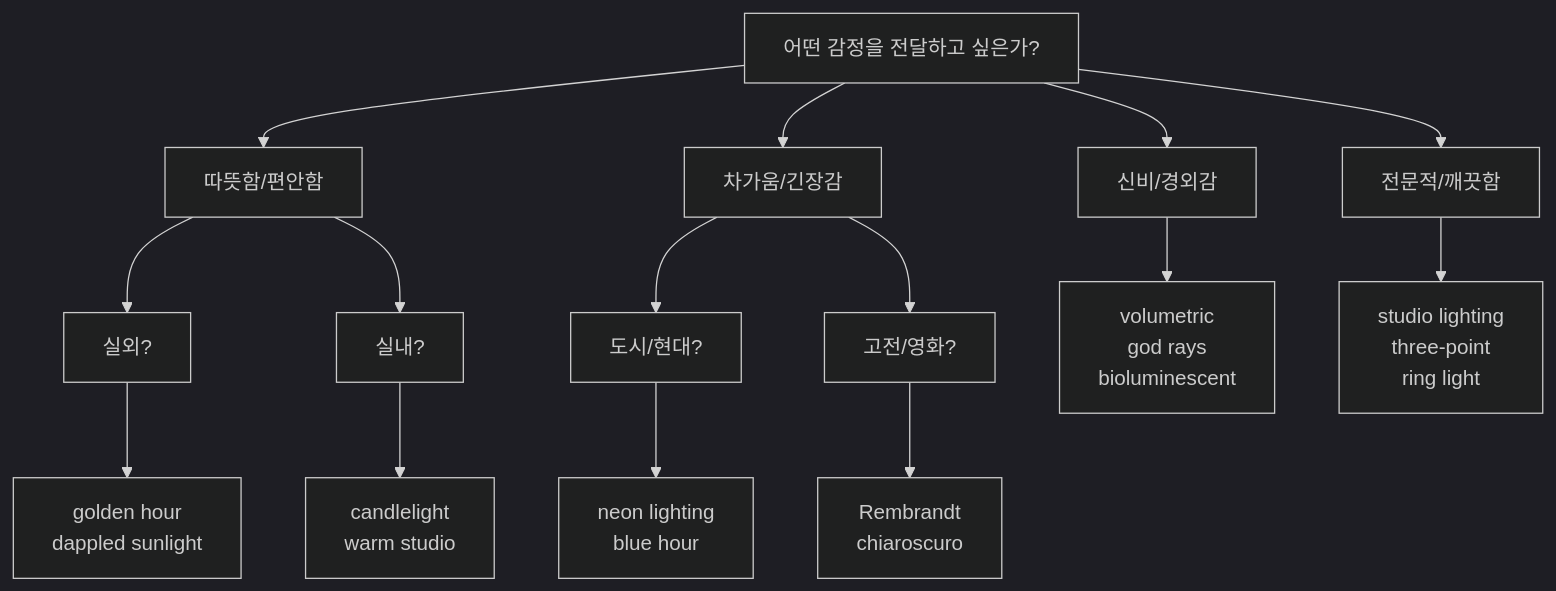
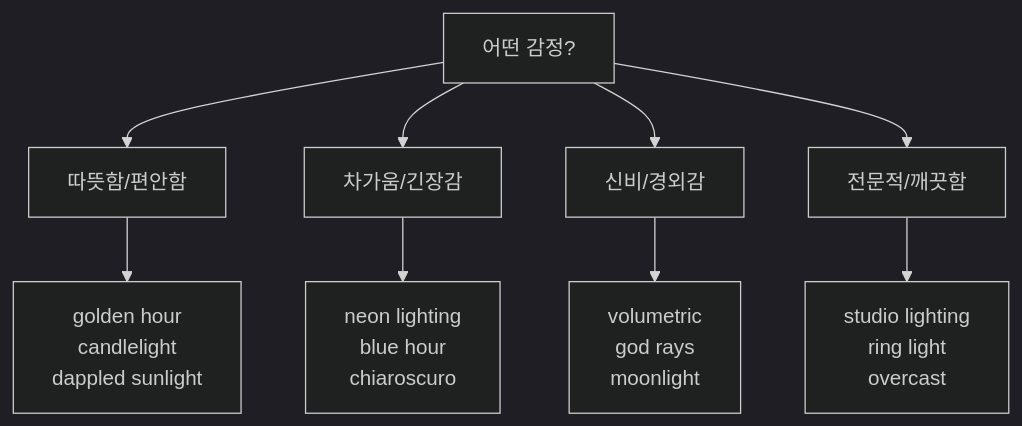
One commit to jsonpassion/forge-tutorial-promptcanvas changed the diagram in 02-ch2-프롬프트-구조-마스터/04-04-조명과-매체-빛과-질감으로-깊이-더하기.md. Above: the diagram before and after it, drawn with Mermaid (dark theme). The commit also changed other lines of this file and 12 other files, not shown here.

````diff
--- a/02-ch2-프롬프트-구조-마스터/04-04-조명과-매체-빛과-질감으로-깊이-더하기.md
+++ b/02-ch2-프롬프트-구조-마스터/04-04-조명과-매체-빛과-질감으로-깊이-더하기.md
@@ -133,20 +104,12 @@
 ```mermaid
 flowchart TD
-    Q1["어떤 감정을 전달하고 싶은가?"] --> W["따뜻함/편안함"]
+    Q1["어떤 감정?"] --> W["따뜻함/편안함"]
     Q1 --> C["차가움/긴장감"]
     Q1 --> M["신비/경외감"]
     Q1 --> P["전문적/깨끗함"]
 
-    W --> W1["실외?"]
-    W --> W2["실내?"]
-    W1 --> WR1["golden hour<br/>dappled sunlight"]
-    W2 --> WR2["candlelight<br/>warm studio"]
-
-    C --> C1["도시/현대?"]
-    C --> C2["고전/영화?"]
-    C1 --> CR1["neon lighting<br/>blue hour"]
-    C2 --> CR2["Rembrandt<br/>chiaroscuro"]
-
-    M --> MR["volumetric<br/>god rays<br/>bioluminescent"]
-    P --> PR["studio lighting<br/>three-point<br/>ring light"]
+    W --> WR["golden hour<br/>candlelight<br/>dappled sunlight"]
+    C --> CR["neon lighting<br/>blue hour<br/>chiaroscuro"]
+    M --> MR["volumetric<br/>god rays<br/>moonlight"]
+    P --> PR["studio lighting<br/>ring light<br/>overcast"]
 ```
````
